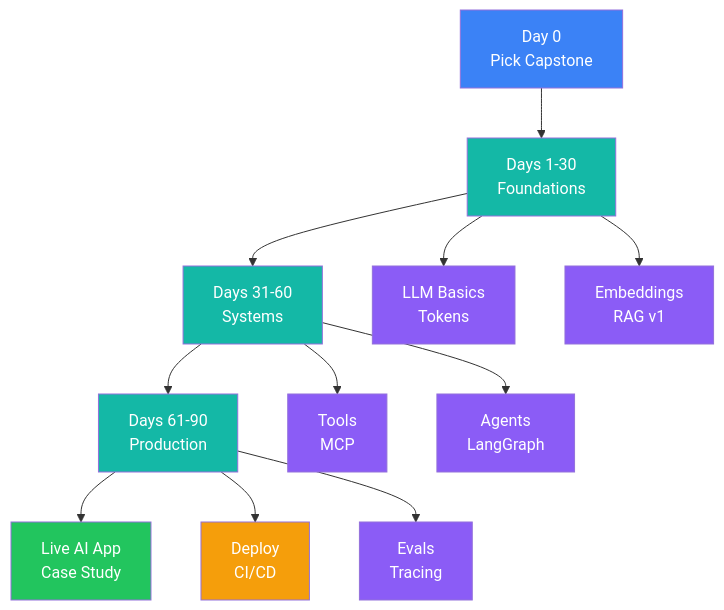
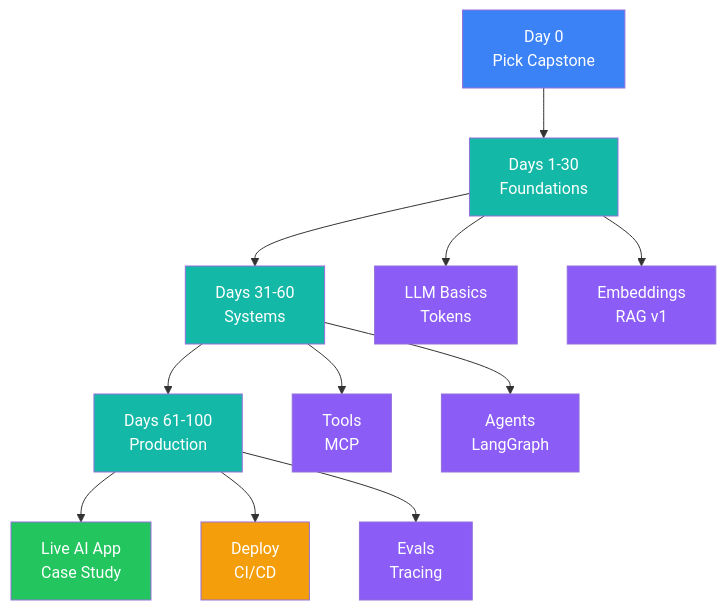
Before and after one commit to Dev0psKing/100-days-AI-Architect-Roadmap: the diagram in README.md, drawn with Mermaid. The commit also changed other lines of this file and 4 other files, not shown here.

Commit message:
Update roadmap duration to 100 days

````diff
--- a/README.md
+++ b/README.md
@@ -11,26 +11,26 @@
 ```mermaid
 flowchart TD
     A[Day 0<br/>Pick Capstone] --> B[Days 1-30<br/>Foundations]
     B --> C[Days 31-60<br/>Systems]
-    C --> D[Days 61-90<br/>Production]
+    C --> D[Days 61-100<br/>Production]
     D --> E[Live AI App<br/>Case Study]
 
     B --> B1[LLM Basics<br/>Tokens]
     B --> B2[Embeddings<br/>RAG v1]
     C --> C1[Tools<br/>MCP]
     C --> C2[Agents<br/>LangGraph]
     D --> D1[Deploy<br/>CI/CD]
     D --> D2[Evals<br/>Tracing]
 
     classDef input fill:#3B82F6,color:#fff
     classDef process fill:#14B8A6,color:#fff
     classDef ai fill:#8B5CF6,color:#fff
     classDef output fill:#22C55E,color:#fff
     classDef decision fill:#F59E0B,color:#fff
 
     class A input
     class B,C,D process
     class B1,B2,C1,C2,D2 ai
     class D1 decision
     class E output
 ```
````
